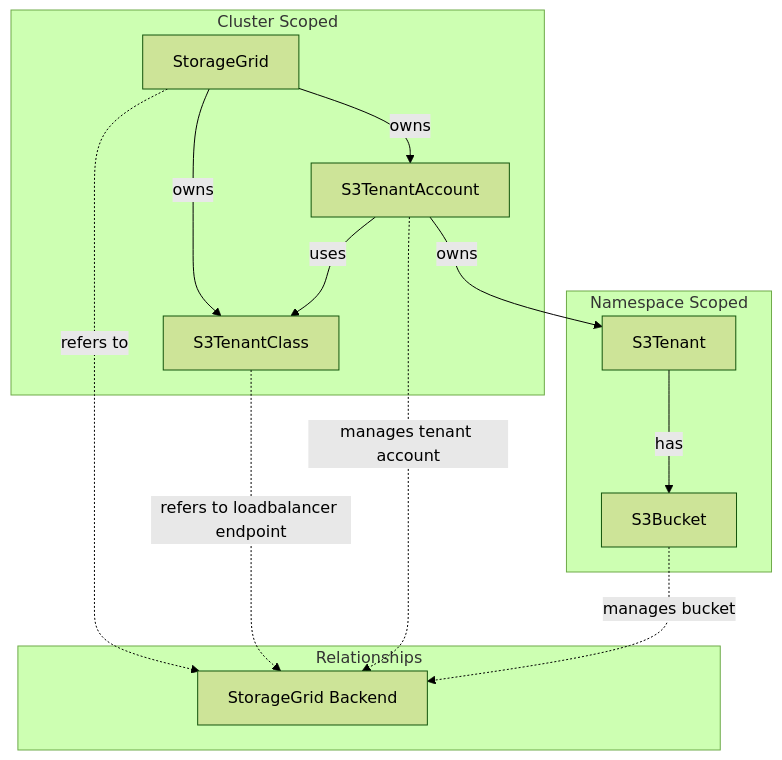
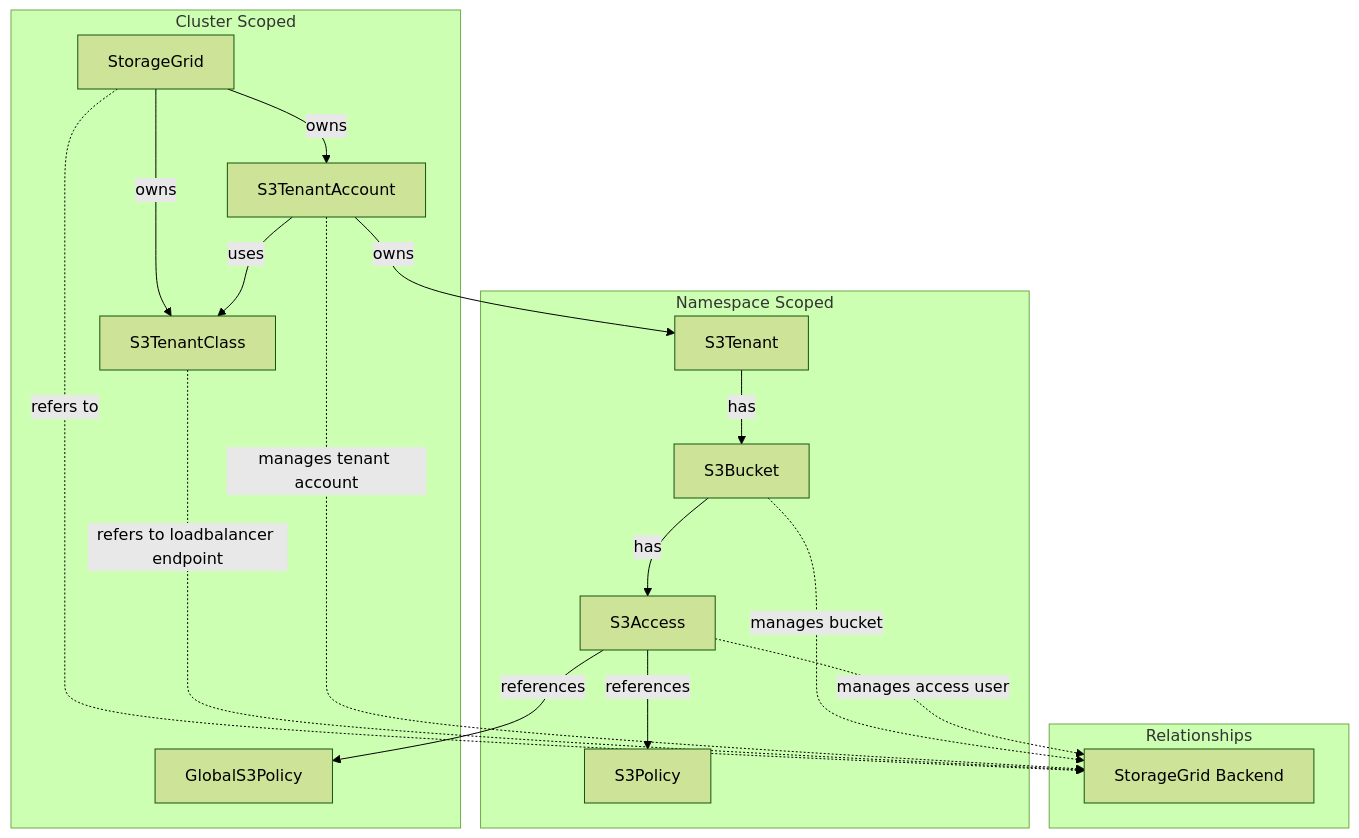
Before and after one commit to bedag/storagegrid-operator: the diagram in .github/README.md, drawn with Mermaid (forest theme). The commit also changed other lines of this file and 43 other files, not shown here.

````diff
--- a/.github/README.md
+++ b/.github/README.md
@@ -13,32 +13,42 @@
 ```mermaid
 graph TB
     SG[StorageGrid]
     STC[S3TenantClass]
     STA[S3TenantAccount]
     ST[S3Tenant]
     SB[S3Bucket]
+    SA[S3Access]
+    GP[GlobalS3Policy]
+    SP[S3Policy]
     
     SG -->|owns| STC
     SG -->|owns| STA
     STA -->|uses| STC
     STA -->|owns| ST
     ST -->|has| SB
+    SB -->|has| SA
+    SA -->|references| GP
+    SA -->|references| SP
     
     subgraph "Cluster Scoped"
         SG
         STC
         STA
+        GP
     end
     
     subgraph "Namespace Scoped"
         ST
         SB
+        SA
+        SP
     end
     
     subgraph "Relationships"
         SG -.->|refers to| Backend[StorageGrid Backend]
         STC -.->|refers to loadbalancer endpoint| Backend
         STA -.->|manages tenant account| Backend
         SB -.->|manages bucket| Backend
+        SA -.->|manages access user| Backend
     end
 ```
````
